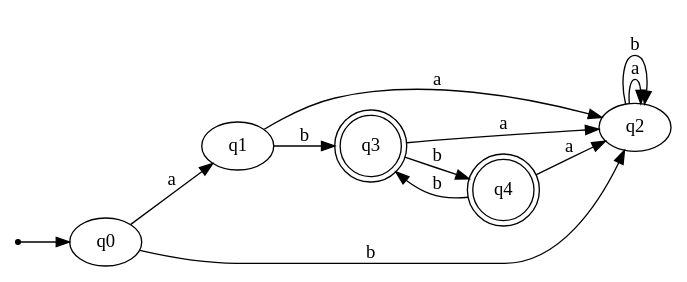
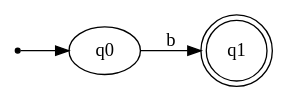
One commit to eabalestra/nondeterministic-finite-automaton changed the diagram in example-automatons/automata_dfa.dot. Above: the diagram before and after it, drawn with Graphviz. The commit also changed 7 other files, not shown here.

```diff
--- a/example-automatons/automata_dfa.dot
+++ b/example-automatons/automata_dfa.dot
@@ -1,30 +1,13 @@
 digraph{
     rankdir=LR;
     inic[shape=point];
 
     inic->q0;
 
-    q0->q1 [label="a"];
-    q0->q2 [label="b"];
-    q1->q2 [label="a"];
-    q1->q3 [label="b"];
-    q2->q2 [label="a"];
-    q2->q2 [label="b"];
-    q3->q2 [label="a"];
-    q3->q4 [label="b"];
+    q0->q1 [label="b"];
 
-    q3[shape=doublecircle];
-    q4->q2 [label="a"];
-    q4->q3 [label="b"];
-
-    q4[shape=doublecircle];
+    q1[shape=doublecircle];
 }
 //State q0: {0}
 
 //State q1: {1}
-
-//State q2: {4}
-
-//State q3: {2}
-
-//State q4: {3}
```
